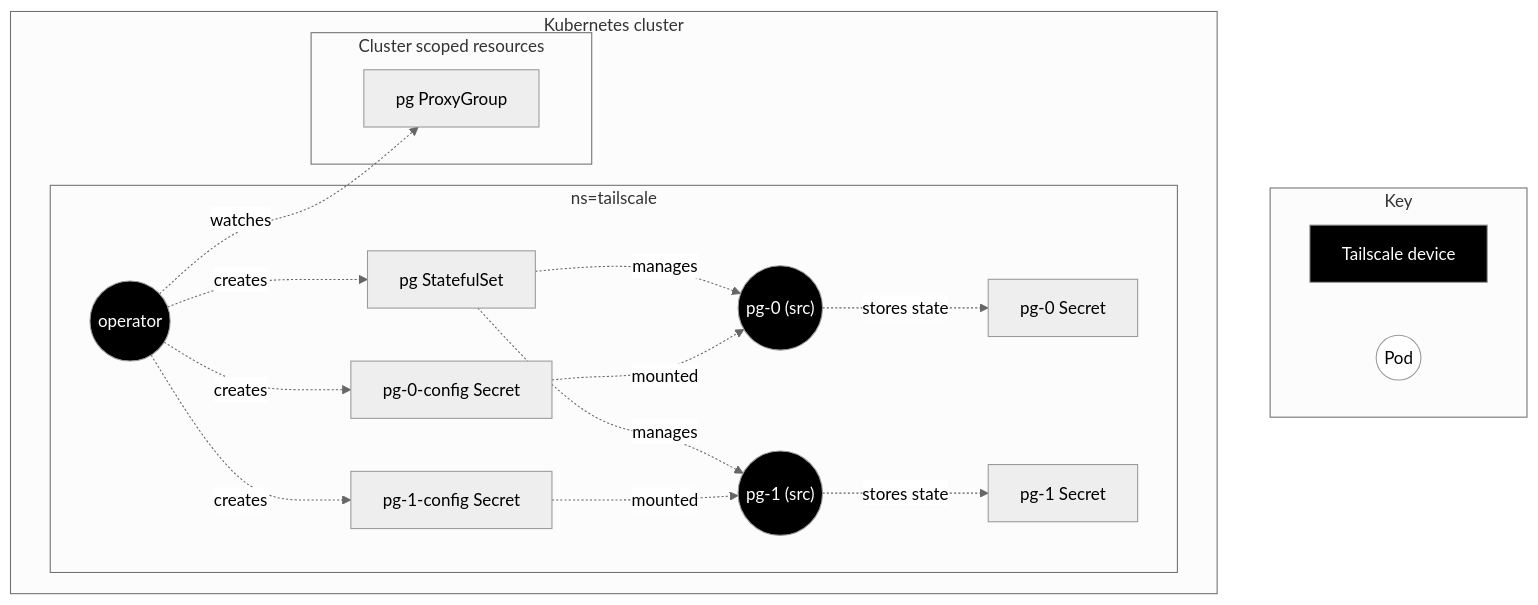
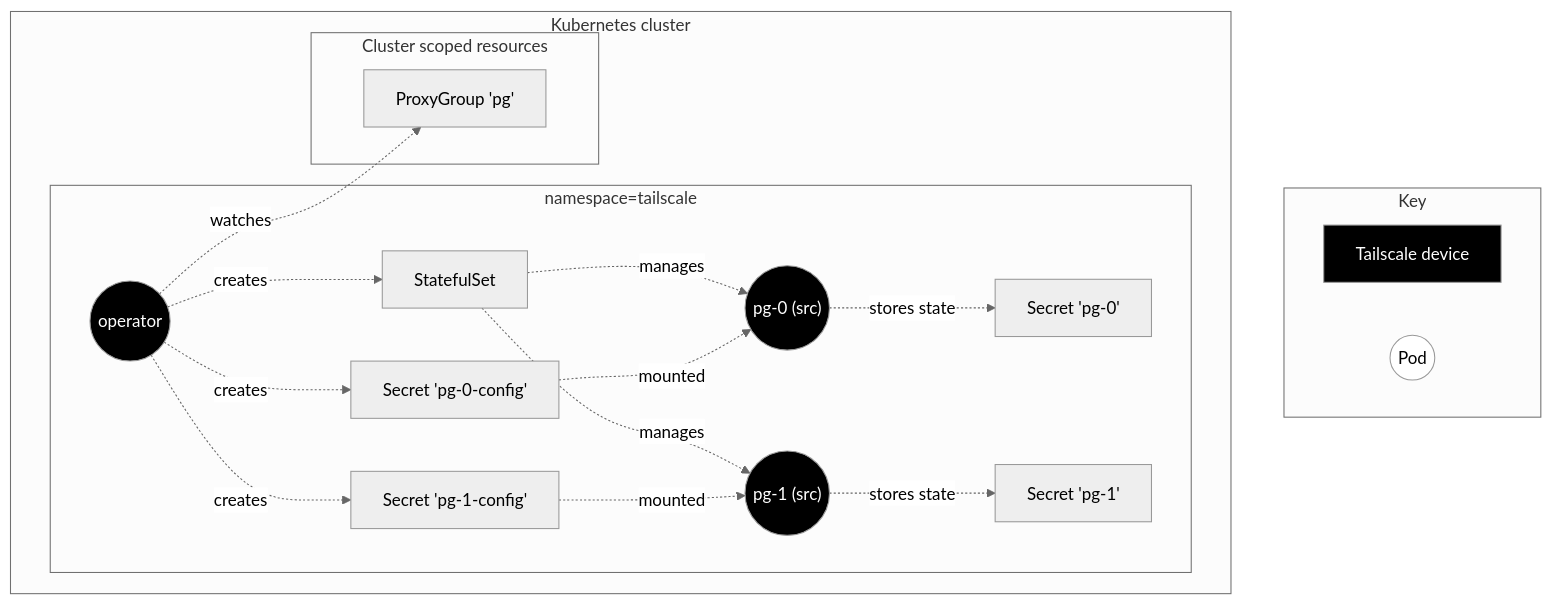
One commit to tailscale/tailscale changed the fifth of 7 diagrams in docs/k8s/operator-architecture.md. Above: the diagram before and after it, drawn with Mermaid. The commit also changed other lines of this file, not shown here.

````diff
--- a/docs/k8s/operator-architecture.md
+++ b/docs/k8s/operator-architecture.md
@@ -165,40 +245,40 @@
 ```mermaid
 %%{ init: { 'theme':'neutral' } }%%
 
 flowchart TD
     classDef tsnode color:#fff,fill:#000;
     classDef pod fill:#fff;
 
     subgraph Key
         ts[Tailscale device]:::tsnode
         pod((Pod)):::pod
     end
 
     subgraph k8s[Kubernetes cluster]
-        subgraph tailscale-ns[ns=tailscale]
+        subgraph tailscale-ns[namespace=tailscale]
             operator((operator)):::tsnode
-            pg-sts[pg StatefulSet]
+            pg-sts[StatefulSet]
             pg-0(("pg-0 (src)")):::tsnode
             pg-1(("pg-1 (src)")):::tsnode
-            cfg-secret-0["pg-0-config Secret"]
-            cfg-secret-1["pg-1-config Secret"]
-            state-secret-0["pg-0 Secret"]
-            state-secret-1["pg-1 Secret"]
+            cfg-secret-0["Secret 'pg-0-config'"]
+            cfg-secret-1["Secret 'pg-1-config'"]
+            state-secret-0["Secret 'pg-0'"]
+            state-secret-1["Secret 'pg-1'"]
         end
 
         subgraph cluster-scope["Cluster scoped resources"]
-            pg["pg ProxyGroup"]
+            pg["ProxyGroup 'pg'"]
         end
     end
     operator-.->|watches| pg
     operator -.->|creates| pg-sts
     pg-sts -.->|manages| pg-0
     pg-sts -.->|manages| pg-1
     operator -.->|creates| cfg-secret-0
     operator -.->|creates| cfg-secret-1
     cfg-secret-0 -.->|mounted| pg-0
     cfg-secret-1 -.->|mounted| pg-1
     pg-0 -.->|stores state| state-secret-0
     pg-1 -.->|stores state| state-secret-1
 
 ```
````
